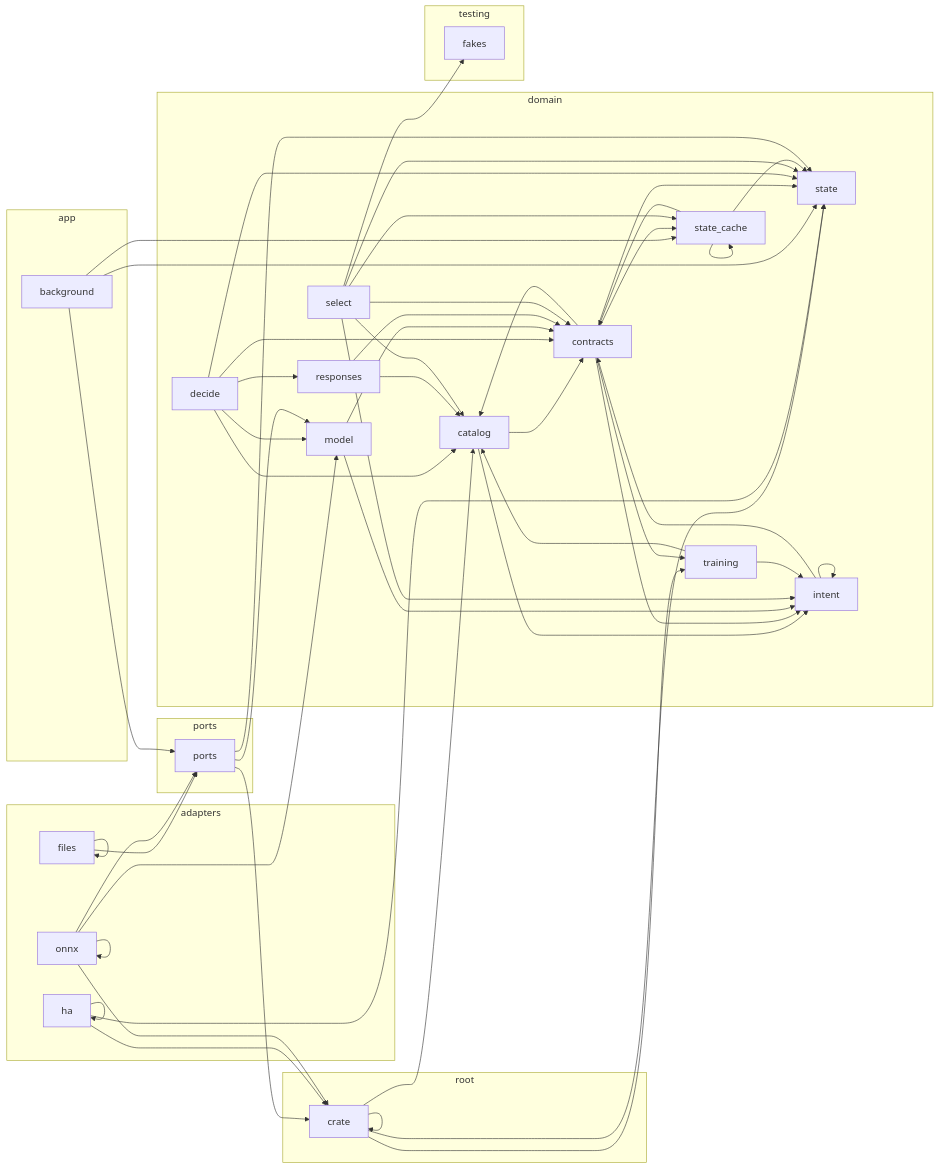
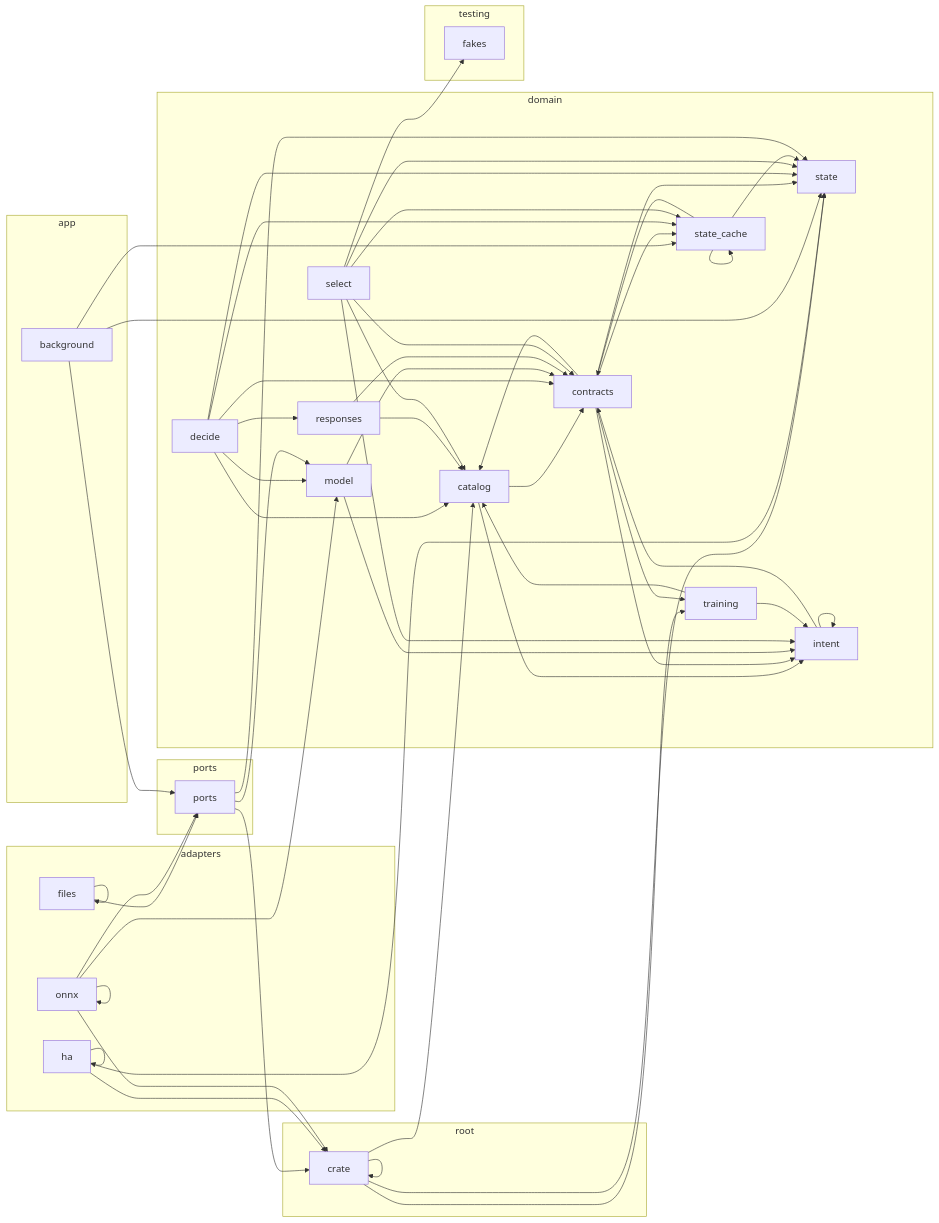
The diagram in docs/architecture.md (louislang/ha-jarvis), drawn with Mermaid before and after one commit. The commit also changed 2 other files, not shown here.

Commit message:
4.5b Area Rules
`decide` now takes the state cache and gives a command its area from the first area slot through `area_by_name`, else from the satellite. A slot that names no area, or a service without an area, gives `Fallback`, and the reply renders the lowercase area name with no call until 4.5c. Verus proves that each `Reply` and `Fallback` comes from the confident top command and obeys these area rules.

````diff
--- a/docs/architecture.md
+++ b/docs/architecture.md
@@ -5,80 +5,81 @@
 ```mermaid
 flowchart LR
     subgraph adapters
         crate_adapters_files[files]
         crate_adapters_ha[ha]
         crate_adapters_onnx[onnx]
     end
     subgraph app
         crate_app_background[background]
     end
     subgraph domain
         crate_domain_catalog[catalog]
         crate_domain_contracts[contracts]
         crate_domain_decide[decide]
         crate_domain_intent[intent]
         crate_domain_model[model]
         crate_domain_responses[responses]
         crate_domain_select[select]
         crate_domain_state[state]
         crate_domain_state_cache[state_cache]
         crate_domain_training[training]
     end
     subgraph ports
         crate_ports[ports]
     end
     subgraph root
         crate[crate]
     end
     subgraph testing
         crate_testing_fakes[fakes]
     end
     crate --> crate
     crate --> crate_domain_catalog
     crate --> crate_domain_state
     crate --> crate_domain_training
     crate_adapters_files --> crate_adapters_files
     crate_adapters_files --> crate_ports
     crate_adapters_ha --> crate
     crate_adapters_ha --> crate_adapters_ha
     crate_adapters_ha --> crate_domain_state
     crate_adapters_onnx --> crate
     crate_adapters_onnx --> crate_adapters_onnx
     crate_adapters_onnx --> crate_domain_model
     crate_adapters_onnx --> crate_ports
     crate_app_background --> crate_domain_state
     crate_app_background --> crate_domain_state_cache
     crate_app_background --> crate_ports
     crate_domain_catalog --> crate_domain_contracts
     crate_domain_catalog --> crate_domain_intent
     crate_domain_contracts --> crate_domain_catalog
     crate_domain_contracts --> crate_domain_intent
     crate_domain_contracts --> crate_domain_state
     crate_domain_contracts --> crate_domain_state_cache
     crate_domain_contracts --> crate_domain_training
     crate_domain_decide --> crate_domain_catalog
     crate_domain_decide --> crate_domain_contracts
     crate_domain_decide --> crate_domain_model
     crate_domain_decide --> crate_domain_responses
     crate_domain_decide --> crate_domain_state
+    crate_domain_decide --> crate_domain_state_cache
     crate_domain_intent --> crate_domain_contracts
     crate_domain_intent --> crate_domain_intent
     crate_domain_model --> crate_domain_contracts
     crate_domain_model --> crate_domain_intent
     crate_domain_responses --> crate_domain_catalog
     crate_domain_responses --> crate_domain_contracts
     crate_domain_select --> crate_domain_catalog
     crate_domain_select --> crate_domain_contracts
     crate_domain_select --> crate_domain_intent
     crate_domain_select --> crate_domain_state
     crate_domain_select --> crate_domain_state_cache
     crate_domain_select --> crate_testing_fakes
     crate_domain_state_cache --> crate_domain_contracts
     crate_domain_state_cache --> crate_domain_state
     crate_domain_state_cache --> crate_domain_state_cache
     crate_domain_training --> crate_domain_catalog
     crate_domain_training --> crate_domain_intent
     crate_ports --> crate
     crate_ports --> crate_domain_model
     crate_ports --> crate_domain_state
 ```
````
